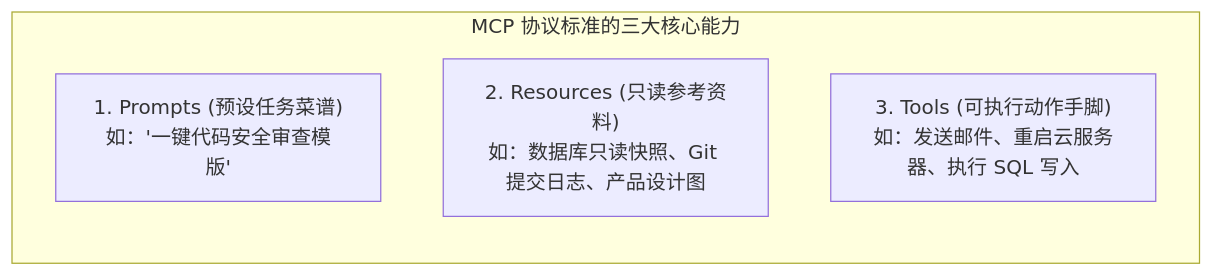
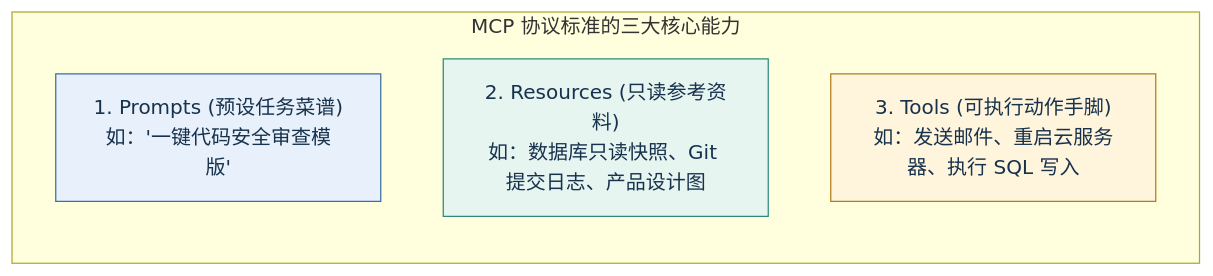
Before and after one commit to buffer121328/vibe-coding-and-agents: the diagram in 02_概念扫盲/img/diagrams/07-diagram-02.mmd, drawn with Mermaid. The commit also changed 168 other files, not shown here.

```diff
--- a/02_概念扫盲/img/diagrams/07-diagram-02.mmd
+++ b/02_概念扫盲/img/diagrams/07-diagram-02.mmd
@@ -1,6 +1,11 @@
 graph LR
     subgraph MCPStructure ["MCP 协议标准的三大核心能力"]
         P["1. Prompts (预设任务菜谱)\n如：'一键代码安全审查模版'"]
         R["2. Resources (只读参考资料)\n如：数据库只读快照、Git 提交日志、产品设计图"]
         T["3. Tools (可执行动作手脚)\n如：发送邮件、重启云服务器、执行 SQL 写入"]
     end
+
+%% Academic palette: restrained blue, teal, gold, violet, and coral accents.
+style P fill:#E8F1FB,stroke:#3A6EA5,color:#17324D
+style R fill:#E7F5F1,stroke:#2B8A78,color:#17324D
+style T fill:#FFF4DC,stroke:#B47A1F,color:#17324D
```
